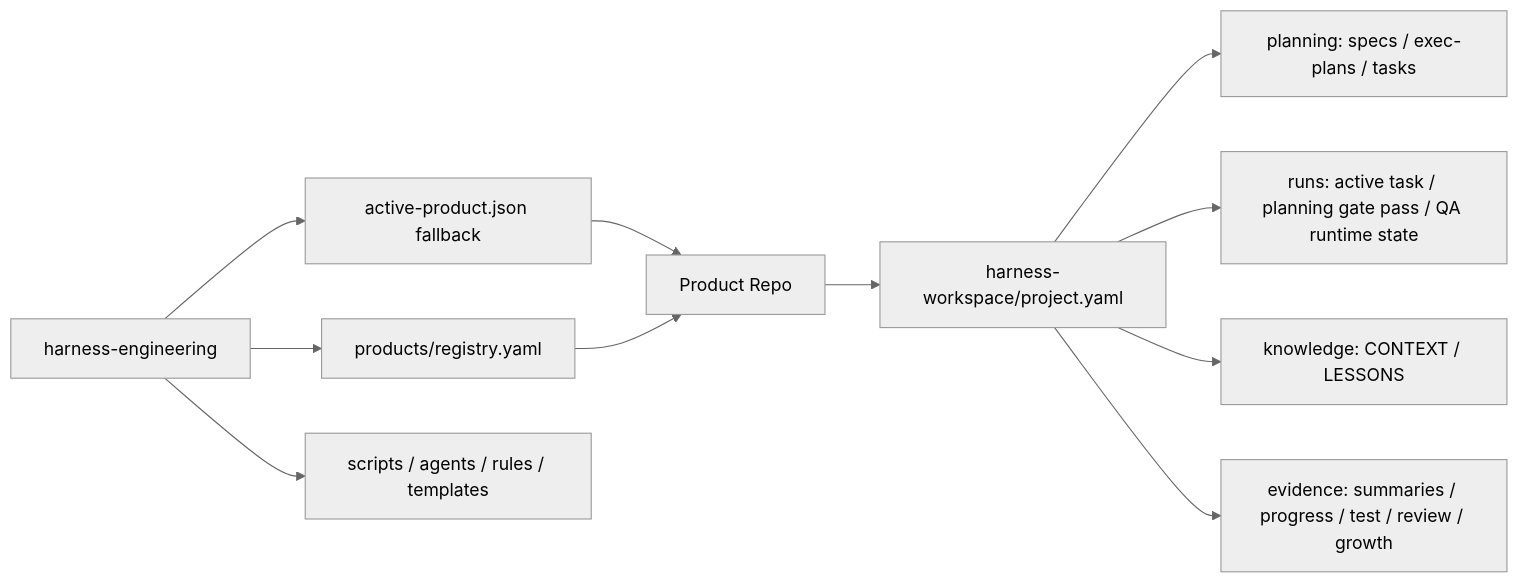
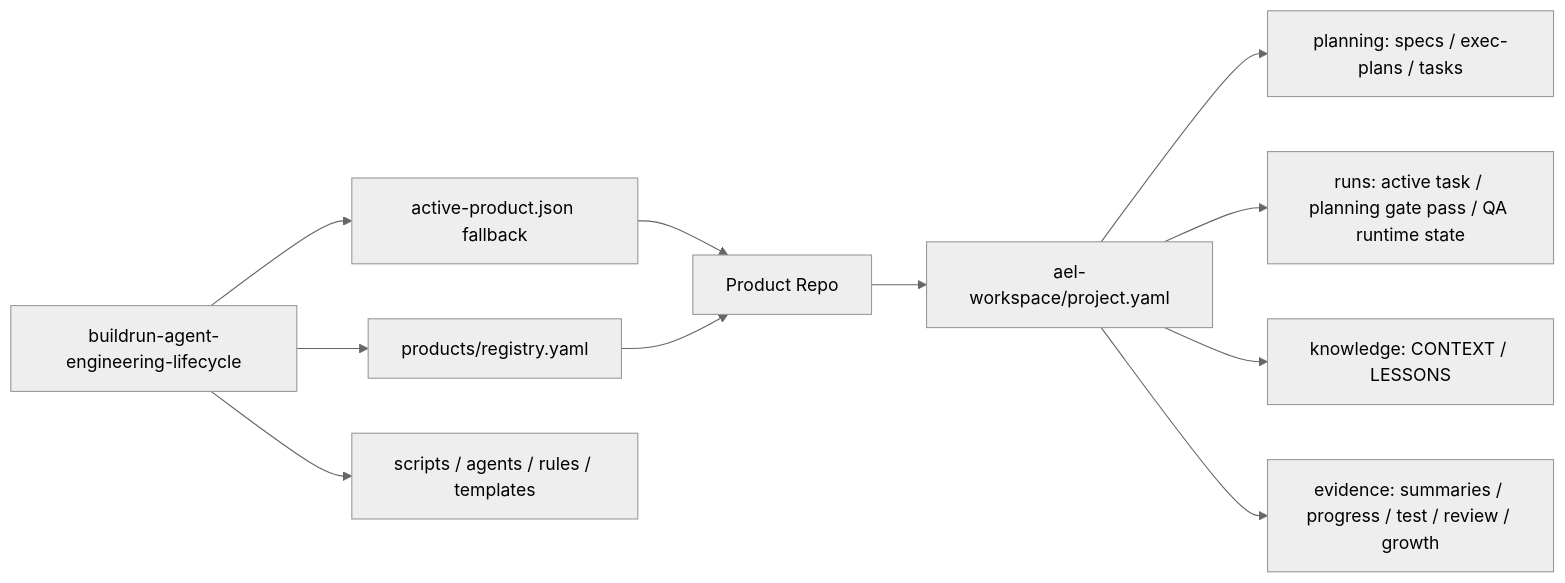
Before and after one commit to goBuildRun/harness-engineering: the diagram in docs/architecture/workspace.md, drawn with Mermaid (neutral theme). The commit also changed other lines of this file and 552 other files, not shown here.

````diff
--- a/docs/architecture/workspace.md
+++ b/docs/architecture/workspace.md
@@ -23,13 +23,13 @@
 ```mermaid
 flowchart LR
-  H["harness-engineering"] --> R["products/registry.yaml"]
+  H["buildrun-agent-engineering-lifecycle"] --> R["products/registry.yaml"]
   H --> A["active-product.json fallback"]
   H --> S["scripts / agents / rules / templates"]
   A --> P["Product Repo"]
   R --> P
-  P --> W["harness-workspace/project.yaml"]
+  P --> W["ael-workspace/project.yaml"]
   W --> PL["planning: specs / exec-plans / tasks"]
   W --> RU["runs: active task / planning gate pass / QA runtime state"]
   W --> K["knowledge: CONTEXT / LESSONS"]
   W --> E["evidence: summaries / progress / test / review / growth"]
 ```
````
